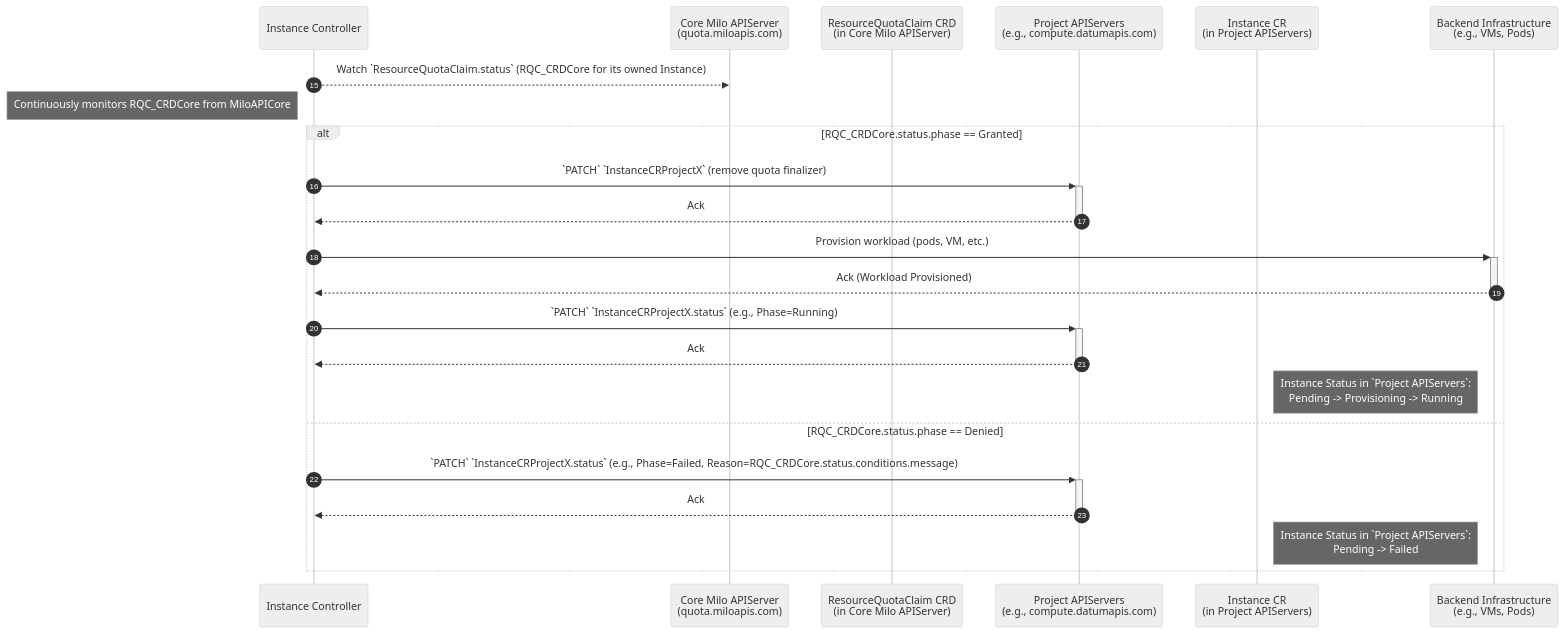
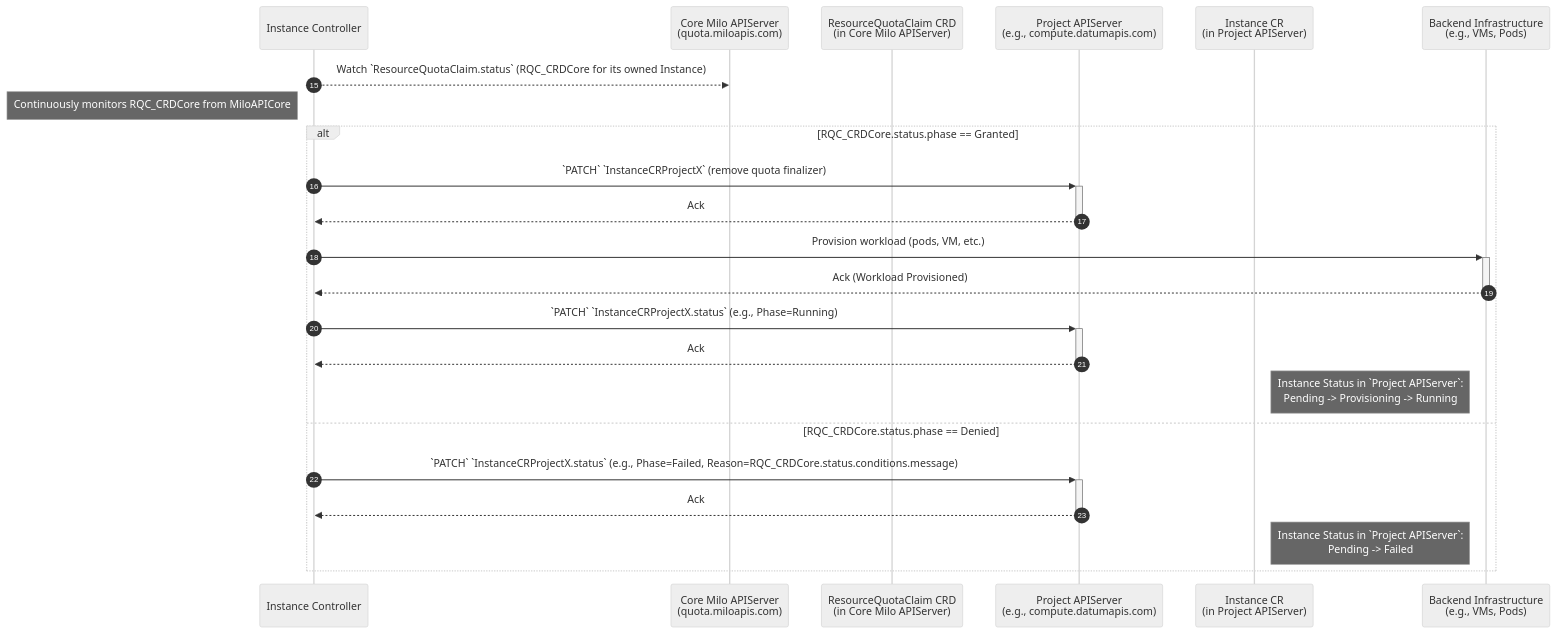
The seventh of 9 diagrams in enhancements/platform/quota-management/README.md (datum-cloud/enhancements), drawn with Mermaid (neutral theme) before and after one commit. The commit also changed other lines of this file, not shown here.

````diff
--- a/enhancements/platform/quota-management/README.md
+++ b/enhancements/platform/quota-management/README.md
@@ -1660,29 +1669,29 @@
 ```mermaid
 %% Sequence Diagram - Owning Service Reacts to ResourceQuotaClaim Status
 sequenceDiagram
     autonumber 15
 
     participant InstCtrlPCP as Instance Controller
     participant MiloAPICore as Core Milo APIServer <br> (quota.miloapis.com)
     participant RQC_CRDCore as ResourceQuotaClaim CRD <br> (in Core Milo APIServer)
-    participant MiloAPIProjectX as Project APIServers <br> (e.g., compute.datumapis.com)
-    participant InstanceCRProjectX as Instance CR <br> (in Project APIServers)
+    participant MiloAPIProjectX as Project APIServer <br> (e.g., compute.datumapis.com)
+    participant InstanceCRProjectX as Instance CR <br> (in Project APIServer)
     participant BackendInfraPCP as Backend Infrastructure <br> (e.g., VMs, Pods)
 
     InstCtrlPCP-->>MiloAPICore: Watch `ResourceQuotaClaim.status` (RQC_CRDCore for its owned Instance)
     note left of InstCtrlPCP: Continuously monitors RQC_CRDCore from MiloAPICore
     
     alt RQC_CRDCore.status.phase == Granted
         InstCtrlPCP->>+MiloAPIProjectX: `PATCH` `InstanceCRProjectX` (remove quota finalizer)
         MiloAPIProjectX-->>-InstCtrlPCP: Ack
         InstCtrlPCP->>+BackendInfraPCP: Provision workload (pods, VM, etc.)
         BackendInfraPCP-->>-InstCtrlPCP: Ack (Workload Provisioned)
         InstCtrlPCP->>+MiloAPIProjectX: `PATCH` `InstanceCRProjectX.status` (e.g., Phase=Running)
         MiloAPIProjectX-->>-InstCtrlPCP: Ack
-        note right of InstanceCRProjectX: Instance Status in `Project APIServers`: <br> Pending -> Provisioning -> Running
+        note right of InstanceCRProjectX: Instance Status in `Project APIServer`: <br> Pending -> Provisioning -> Running
     else RQC_CRDCore.status.phase == Denied
         InstCtrlPCP->>+MiloAPIProjectX: `PATCH` `InstanceCRProjectX.status` (e.g., Phase=Failed, Reason=RQC_CRDCore.status.conditions.message)
         MiloAPIProjectX-->>-InstCtrlPCP: Ack
-        note right of InstanceCRProjectX: Instance Status in `Project APIServers`: <br> Pending -> Failed
+        note right of InstanceCRProjectX: Instance Status in `Project APIServer`: <br> Pending -> Failed
     end
 ```
````
